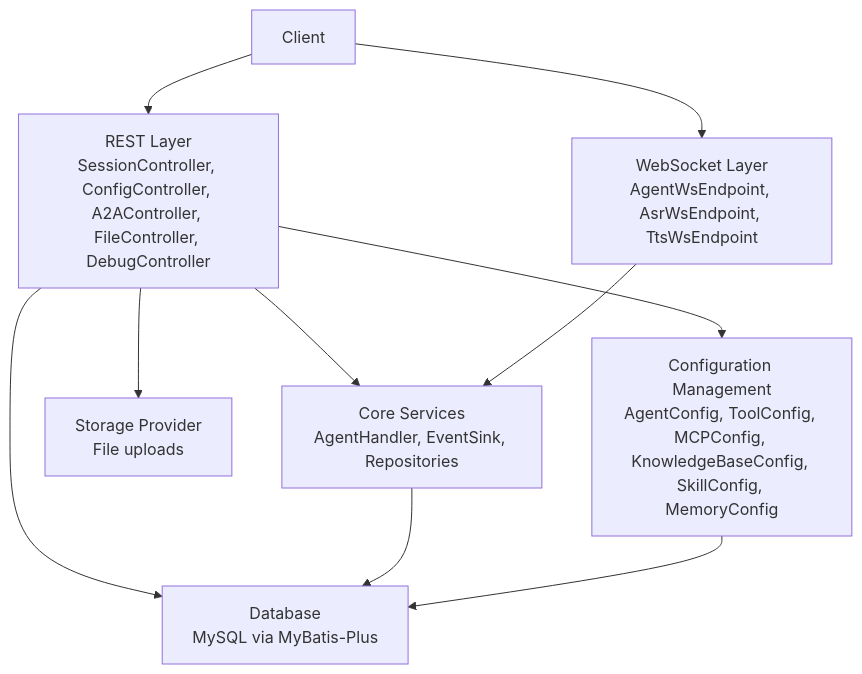
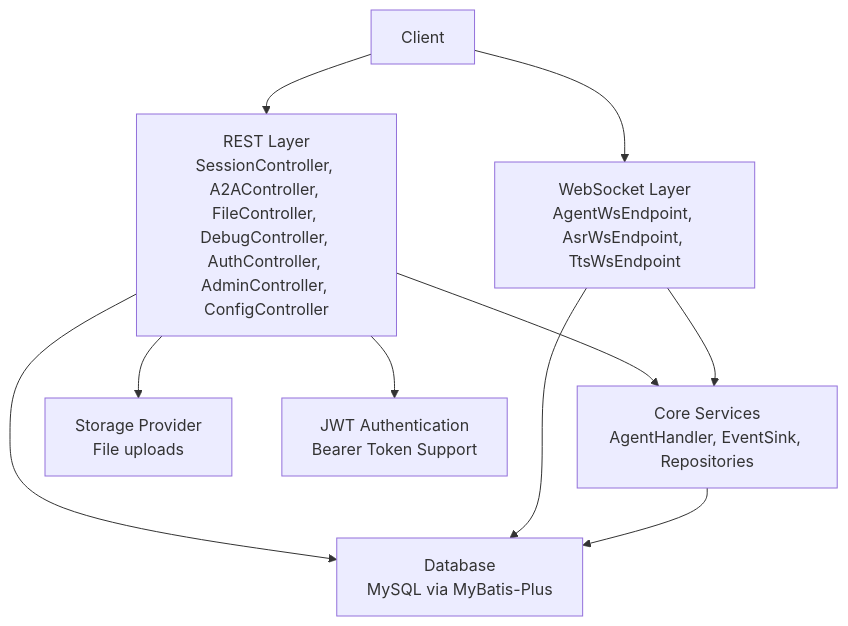
One commit to alibaba/tron-one-agent changed the second of 4 diagrams in .qoder/repowiki/en/content/API Reference/API Reference.md. Above: the diagram before and after it, drawn with Mermaid. The commit also changed other lines of this file and 13 other files, not shown here.

````diff
--- a/.qoder/repowiki/en/content/API Reference/API Reference.md
+++ b/.qoder/repowiki/en/content/API Reference/API Reference.md
@@ -144,19 +146,19 @@
 ```mermaid
 graph TB
 Client["Client"]
-REST["REST Layer<br/>SessionController, ConfigController, A2AController, FileController, DebugController"]
+REST["REST Layer<br/>SessionController, A2AController, FileController, DebugController, AuthController, AdminController, ConfigController"]
 WS["WebSocket Layer<br/>AgentWsEndpoint, AsrWsEndpoint, TtsWsEndpoint"]
 Core["Core Services<br/>AgentHandler, EventSink, Repositories"]
 Store["Storage Provider<br/>File uploads"]
 DB["Database<br/>MySQL via MyBatis-Plus"]
-Config["Configuration Management<br/>AgentConfig, ToolConfig, MCPConfig, KnowledgeBaseConfig, SkillConfig, MemoryConfig"]
+JWT["JWT Authentication<br/>Bearer Token Support"]
 Client --> REST
 Client --> WS
 REST --> Core
 WS --> Core
 REST --> Store
 REST --> DB
-REST --> Config
+REST --> JWT
+WS --> DB
 Core --> DB
-Config --> DB
 ```
````
